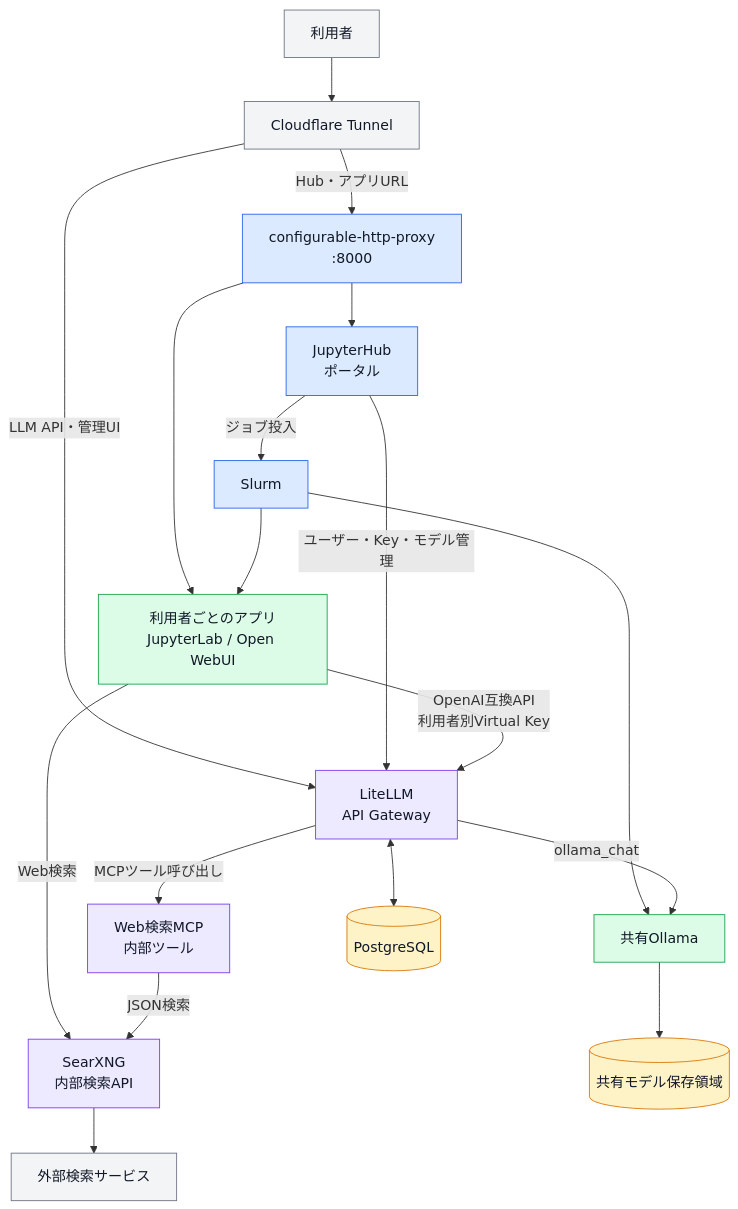
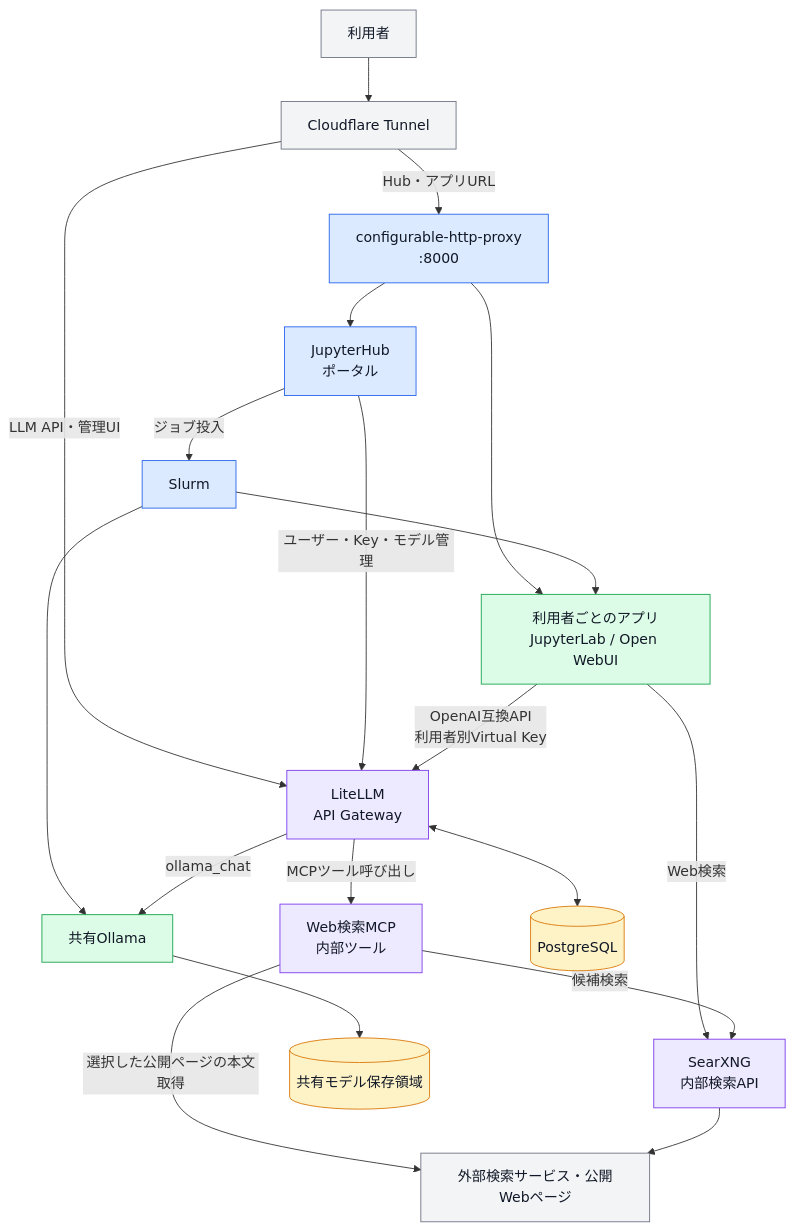
Before and after one commit to koichi2426/HPC-portal: the first of 2 diagrams in README.md, drawn with Mermaid. The commit also changed other lines of this file and 1 other file, not shown here.

Commit message:
[docs] Web検索MCPの構成図を日英で更新した

````diff
--- a/README.md
+++ b/README.md
@@ -23,43 +23,44 @@
 ```mermaid
 flowchart TB
     User[利用者] --> CF[Cloudflare Tunnel]
     Proxy[configurable-http-proxy<br/>:8000]
     JHub[JupyterHub<br/>ポータル]
     Slurm[Slurm]
     Apps[利用者ごとのアプリ<br/>JupyterLab / Open WebUI]
     LiteLLM[LiteLLM<br/>API Gateway]
     SearchMCP[Web検索MCP<br/>内部ツール]
     SearXNG[SearXNG<br/>内部検索API]
     Ollama[共有Ollama]
     DB[(PostgreSQL)]
     Models[(共有モデル保存領域)]
-    Search[外部検索サービス]
+    Search[外部検索サービス・公開Webページ]
 
     CF -->|Hub・アプリURL| Proxy
     CF -->|LLM API・管理UI| LiteLLM
     Proxy --> JHub
     Proxy --> Apps
     JHub -->|ジョブ投入| Slurm
     Slurm --> Apps
     Slurm --> Ollama
     JHub -->|ユーザー・Key・モデル管理| LiteLLM
     Apps -->|OpenAI互換API<br/>利用者別Virtual Key| LiteLLM
     Apps -->|Web検索| SearXNG
     LiteLLM -->|MCPツール呼び出し| SearchMCP
-    SearchMCP -->|JSON検索| SearXNG
+    SearchMCP -->|候補検索| SearXNG
+    SearchMCP -->|選択した公開ページの本文取得| Search
     LiteLLM <--> DB
     LiteLLM -->|ollama_chat| Ollama
     Ollama --> Models
     SearXNG --> Search
 
     classDef external fill:#f3f4f6,stroke:#6b7280,color:#111827
     classDef control fill:#dbeafe,stroke:#2563eb,color:#111827
     classDef workload fill:#dcfce7,stroke:#16a34a,color:#111827
     classDef service fill:#ede9fe,stroke:#7c3aed,color:#111827
     classDef data fill:#fef3c7,stroke:#d97706,color:#111827
     class User,CF,Search external
     class Proxy,JHub,Slurm control
     class Apps,Ollama workload
     class LiteLLM,SearchMCP,SearXNG service
     class DB,Models data
 ```
````
